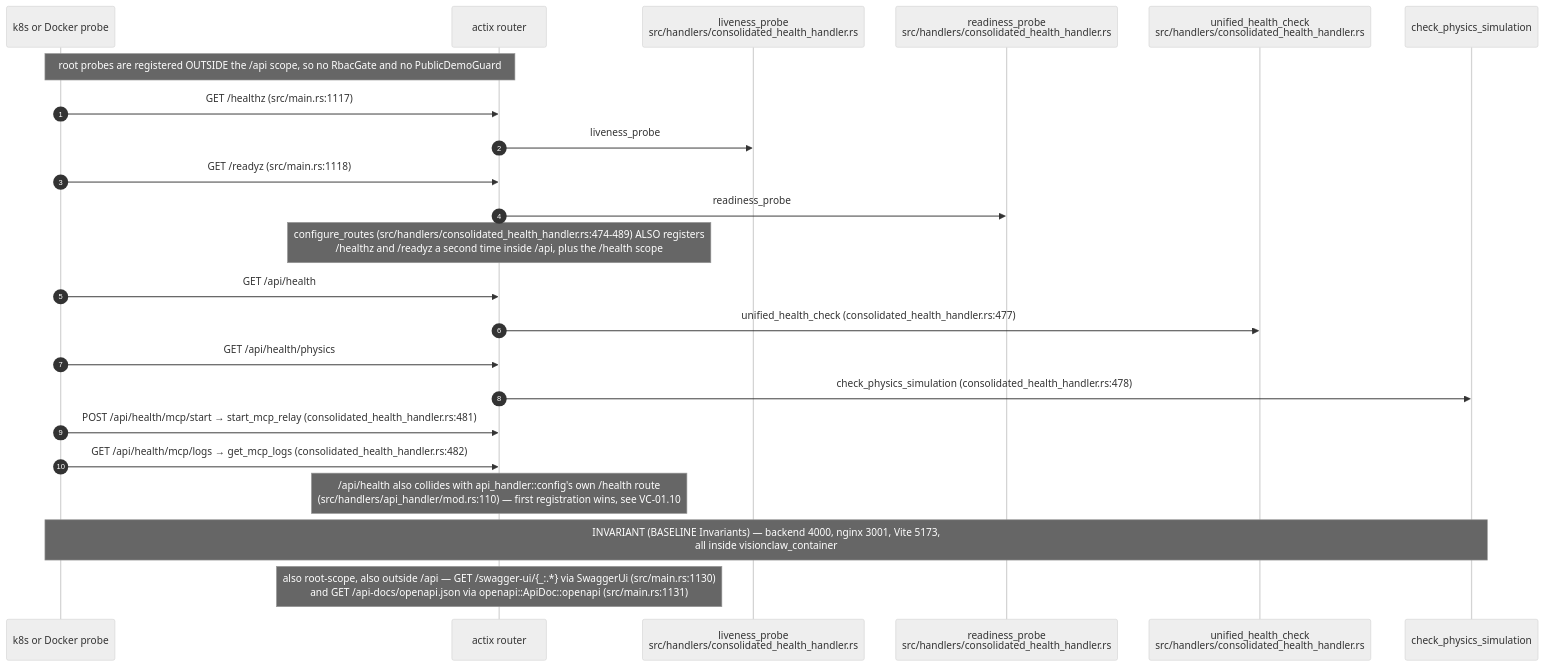
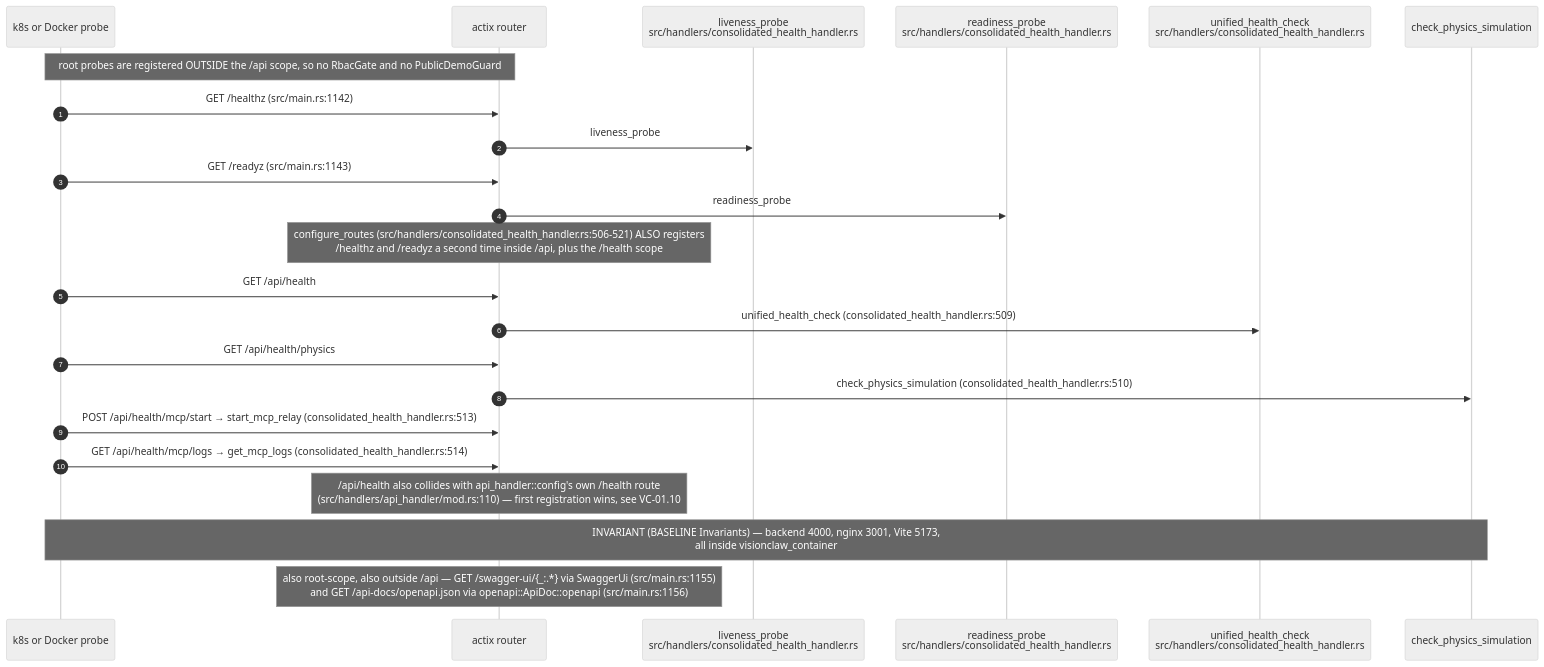
Before and after one commit to DreamLab-AI/VisionFlow: the sixth of 13 diagrams in docs/diagrams/visionclaw/01-boot-and-app-state.md, drawn with Mermaid (neutral theme). The commit also changed other lines of this file and 46 other files, not shown here.

Commit message:
docs(diagrams): re-verify VisionClaw topics at 809a859aa/a950f4d80 after the consolidation pass

````diff
--- a/docs/diagrams/visionclaw/01-boot-and-app-state.md
+++ b/docs/diagrams/visionclaw/01-boot-and-app-state.md
@@ -331,26 +330,26 @@
 ```mermaid
 sequenceDiagram
     autonumber
     participant K as k8s or Docker probe
     participant R as actix router
     participant L as liveness_probe<br/>src/handlers/consolidated_health_handler.rs
     participant D as readiness_probe<br/>src/handlers/consolidated_health_handler.rs
     participant U as unified_health_check<br/>src/handlers/consolidated_health_handler.rs
     participant P as check_physics_simulation
 
     Note over K,R: root probes are registered OUTSIDE the /api scope, so no RbacGate and no PublicDemoGuard
-    K->>R: GET /healthz (src/main.rs:1117)
+    K->>R: GET /healthz (src/main.rs:1142)
     R->>L: liveness_probe
-    K->>R: GET /readyz (src/main.rs:1118)
+    K->>R: GET /readyz (src/main.rs:1143)
     R->>D: readiness_probe
-    Note over R: configure_routes (src/handlers/consolidated_health_handler.rs:474-489) ALSO registers<br/>/healthz and /readyz a second time inside /api, plus the /health scope
+    Note over R: configure_routes (src/handlers/consolidated_health_handler.rs:506-521) ALSO registers<br/>/healthz and /readyz a second time inside /api, plus the /health scope
     K->>R: GET /api/health
-    R->>U: unified_health_check (consolidated_health_handler.rs:477)
+    R->>U: unified_health_check (consolidated_health_handler.rs:509)
     K->>R: GET /api/health/physics
-    R->>P: check_physics_simulation (consolidated_health_handler.rs:478)
-    K->>R: POST /api/health/mcp/start → start_mcp_relay (consolidated_health_handler.rs:481)
-    K->>R: GET /api/health/mcp/logs → get_mcp_logs (consolidated_health_handler.rs:482)
+    R->>P: check_physics_simulation (consolidated_health_handler.rs:510)
+    K->>R: POST /api/health/mcp/start → start_mcp_relay (consolidated_health_handler.rs:513)
+    K->>R: GET /api/health/mcp/logs → get_mcp_logs (consolidated_health_handler.rs:514)
     Note over R: /api/health also collides with api_handler::config's own /health route<br/>(src/handlers/api_handler/mod.rs:110) — first registration wins, see VC-01.10
     Note over K,P: INVARIANT (BASELINE Invariants) — backend 4000, nginx 3001, Vite 5173,<br/>all inside visionclaw_container
-    Note over R: also root-scope, also outside /api — GET /swagger-ui/{_:.*} via SwaggerUi (src/main.rs:1130)<br/>and GET /api-docs/openapi.json via openapi::ApiDoc::openapi (src/main.rs:1131)
+    Note over R: also root-scope, also outside /api — GET /swagger-ui/{_:.*} via SwaggerUi (src/main.rs:1155)<br/>and GET /api-docs/openapi.json via openapi::ApiDoc::openapi (src/main.rs:1156)
 ```
````
